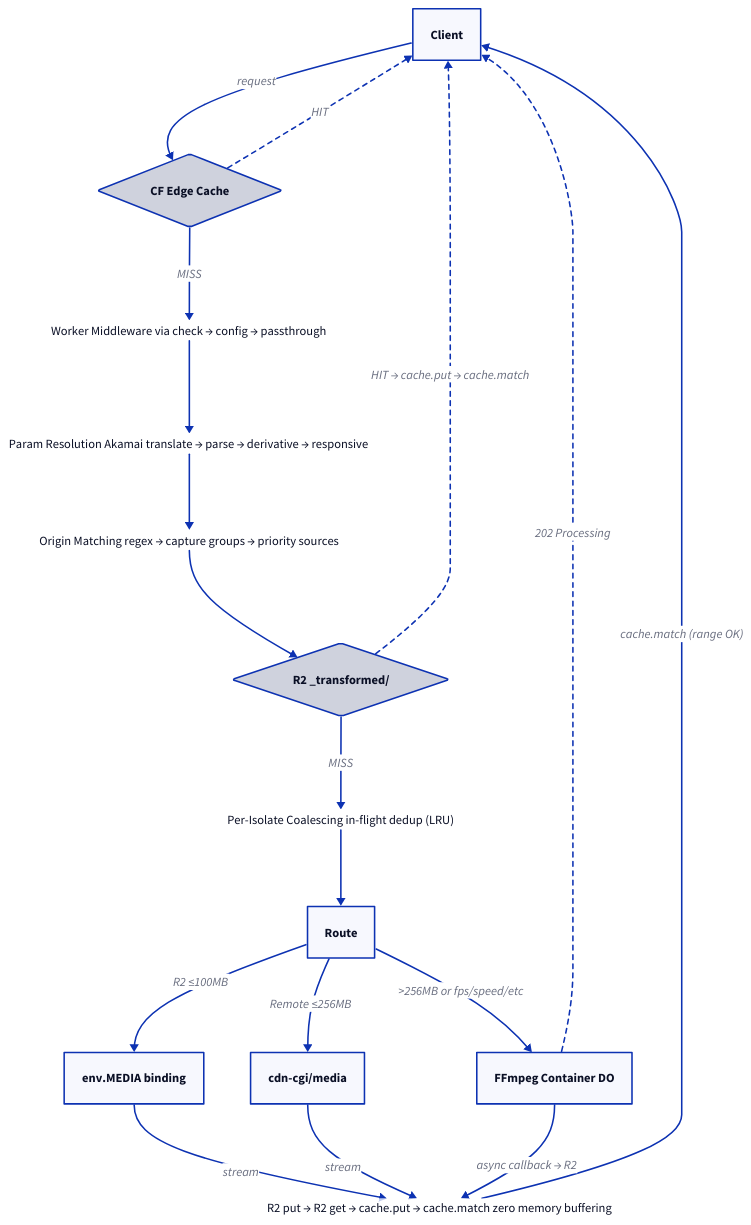
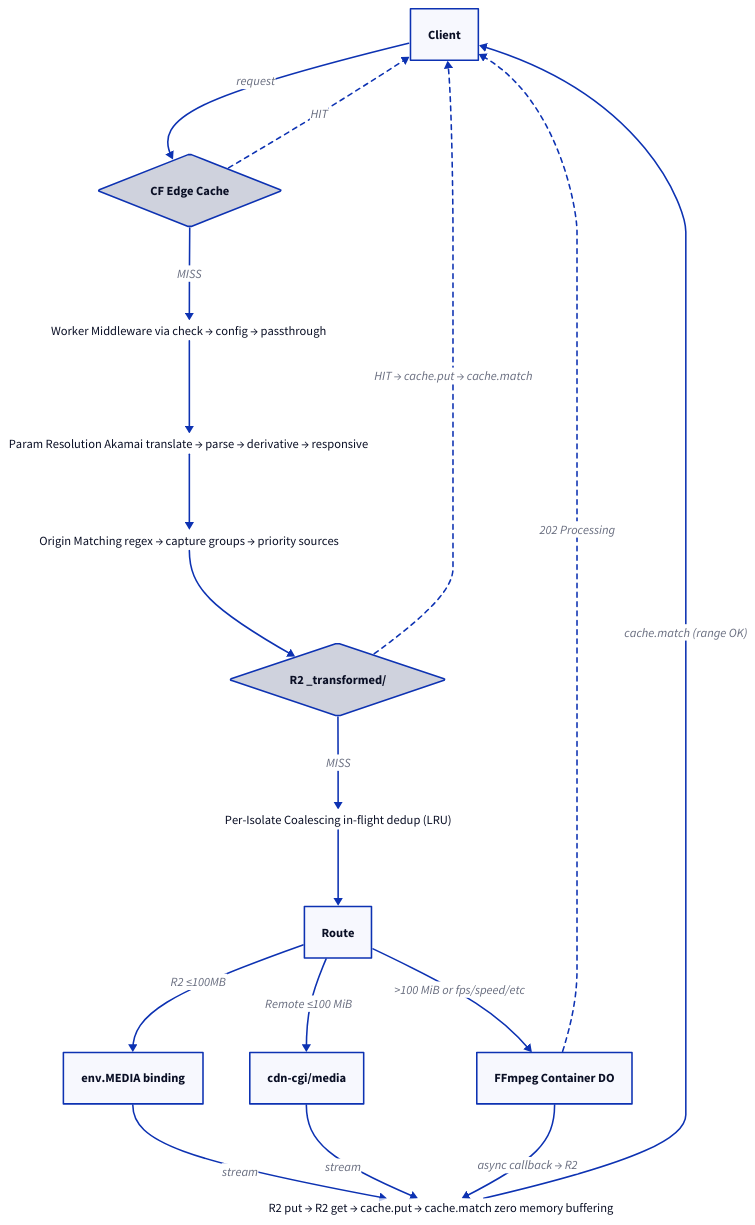
Before and after one commit to erfianugrah/lexicanum: the first of 5 diagrams in src/content/docs/reference/media-transformation-architecture.mdx, drawn with D2. The commit also changed other lines of this file, not shown here.

Commit message:
fix: 100 MiB default in all docs, fixed d2 container diagram, mixed source demos

````diff
--- a/src/content/docs/reference/media-transformation-architecture.mdx
+++ b/src/content/docs/reference/media-transformation-architecture.mdx
@@ -44,67 +44,67 @@
 ```d2
 direction: down
 
 Client -> Edge: request
 Edge -> Client: HIT {
   style.stroke-dash: 3
 }
 Edge -> Middleware: MISS
 
 Middleware -> Params: ""
 Middleware: |md
   Worker Middleware
   via check → config → passthrough
 |
 
 Params -> Origins: ""
 Params: |md
   Param Resolution
   Akamai translate → parse → derivative → responsive
 |
 
 Origins -> R2Cache: ""
 Origins: |md
   Origin Matching
   regex → capture groups → priority sources
 |
 
 R2Cache -> Client: HIT → cache.put → cache.match {
   style.stroke-dash: 3
 }
 R2Cache -> Coalesce: MISS
 
 R2Cache: R2 _transformed/ {
   shape: diamond
 }
 
 Coalesce -> Route: ""
 Coalesce: |md
   Per-Isolate Coalescing
   in-flight dedup (LRU)
 |
 
 Route -> Binding: R2 ≤100MB
-Route -> CdnCgi: Remote ≤256MB
-Route -> Container: >256MB or fps/speed/etc
+Route -> CdnCgi: Remote ≤100 MiB
+Route -> Container: >100 MiB or fps/speed/etc
 
 Binding -> Store: stream
 CdnCgi -> Store: stream
 Container -> Client: 202 Processing {
   style.stroke-dash: 3
 }
 Container -> Store: async callback → R2
 
 Store -> Client: cache.match (range OK)
 Store: |md
   R2 put → R2 get → cache.put → cache.match
   zero memory buffering
 |
 
 Client: Client
 Edge: CF Edge Cache {
   shape: diamond
 }
 Binding: env.MEDIA binding
 CdnCgi: cdn-cgi/media
 Container: FFmpeg Container DO
 ```
````
